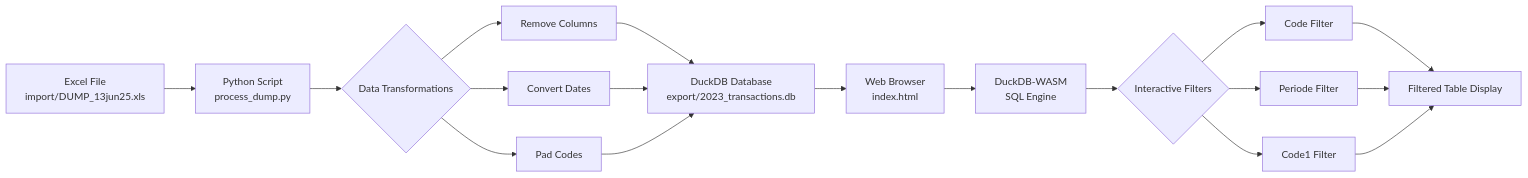
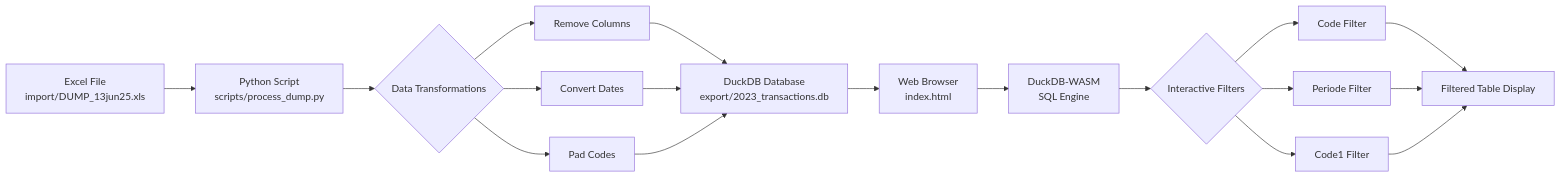
One commit to jan-ru/duck_ui5 changed the diagram in README.md. Above: the diagram before and after it, drawn with Mermaid. The commit also changed other lines of this file and 20 other files, not shown here.

First line of the commit message:
Add dynamic table viewer, schema visualization, and development infrastructure

````diff
--- a/README.md
+++ b/README.md
@@ -12,20 +20,20 @@
 ```mermaid
 graph LR
-    A[Excel File<br/>import/DUMP_13jun25.xls] --> B[Python Script<br/>process_dump.py]
+    A[Excel File<br/>import/DUMP_13jun25.xls] --> B[Python Script<br/>scripts/process_dump.py]
     B --> C{Data Transformations}
     C --> D[Remove Columns]
     C --> E[Convert Dates]
     C --> F[Pad Codes]
     D --> G[DuckDB Database<br/>export/2023_transactions.db]
     E --> G
     F --> G
     G --> H[Web Browser<br/>index.html]
     H --> I[DuckDB-WASM<br/>SQL Engine]
     I --> J{Interactive Filters}
     J --> K[Code Filter]
     J --> L[Periode Filter]
     J --> M[Code1 Filter]
     K --> N[Filtered Table Display]
     L --> N
     M --> N
 ```
````
